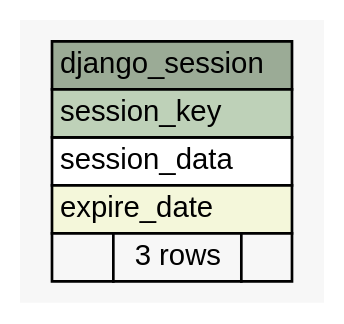
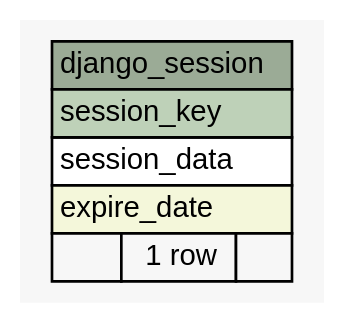
The diagram in schemaspy/output/diagrams/summary/django_session.1degree.dot (dsmurrell/smmpdb), drawn with Graphviz before and after one commit. The commit also changed 88 other files, not shown here.

```diff
--- a/schemaspy/output/diagrams/summary/django_session.1degree.dot
+++ b/schemaspy/output/diagrams/summary/django_session.1degree.dot
@@ -1,32 +1,32 @@
 // dot 2.30.1 on Mac OS X 10.7.5
 // SchemaSpy rev 590
 digraph "django_session" {
   graph [
     rankdir="RL"
     bgcolor="#f7f7f7"
     nodesep="0.18"
     ranksep="0.46"
     fontname="Helvetica"
     fontsize="11"
   ];
   node [
     fontname="Helvetica"
     fontsize="11"
     shape="plaintext"
   ];
   edge [
     arrowsize="0.8"
   ];
   "django_session" [
     label=<
     <TABLE BORDER="0" CELLBORDER="1" CELLSPACING="0" BGCOLOR="#ffffff">
       <TR><TD COLSPAN="3" BGCOLOR="#9bab96" ALIGN="CENTER">django_session</TD></TR>
       <TR><TD PORT="session_key" COLSPAN="3" BGCOLOR="#bed1b8" ALIGN="LEFT">session_key</TD></TR>
       <TR><TD PORT="session_data" COLSPAN="3" ALIGN="LEFT">session_data</TD></TR>
       <TR><TD PORT="expire_date" COLSPAN="3" BGCOLOR="#f4f7da" ALIGN="LEFT">expire_date</TD></TR>
-      <TR><TD ALIGN="LEFT" BGCOLOR="#f7f7f7">  </TD><TD ALIGN="RIGHT" BGCOLOR="#f7f7f7">3 rows</TD><TD ALIGN="RIGHT" BGCOLOR="#f7f7f7">  </TD></TR>
+      <TR><TD ALIGN="LEFT" BGCOLOR="#f7f7f7">  </TD><TD ALIGN="RIGHT" BGCOLOR="#f7f7f7">1 row</TD><TD ALIGN="RIGHT" BGCOLOR="#f7f7f7">  </TD></TR>
     </TABLE>>
     URL="tables/django_session.html"
     tooltip="django_session"
   ];
 }
```
